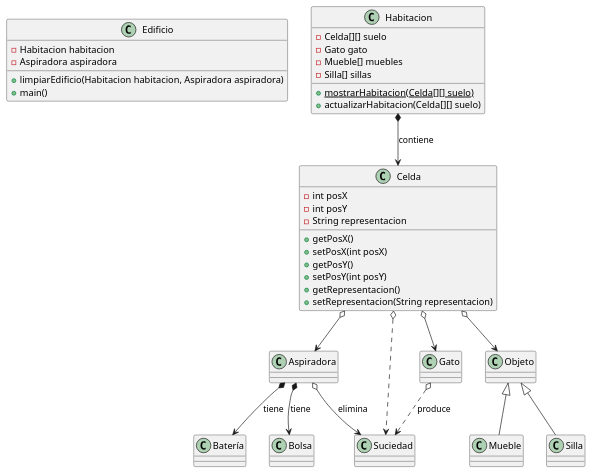
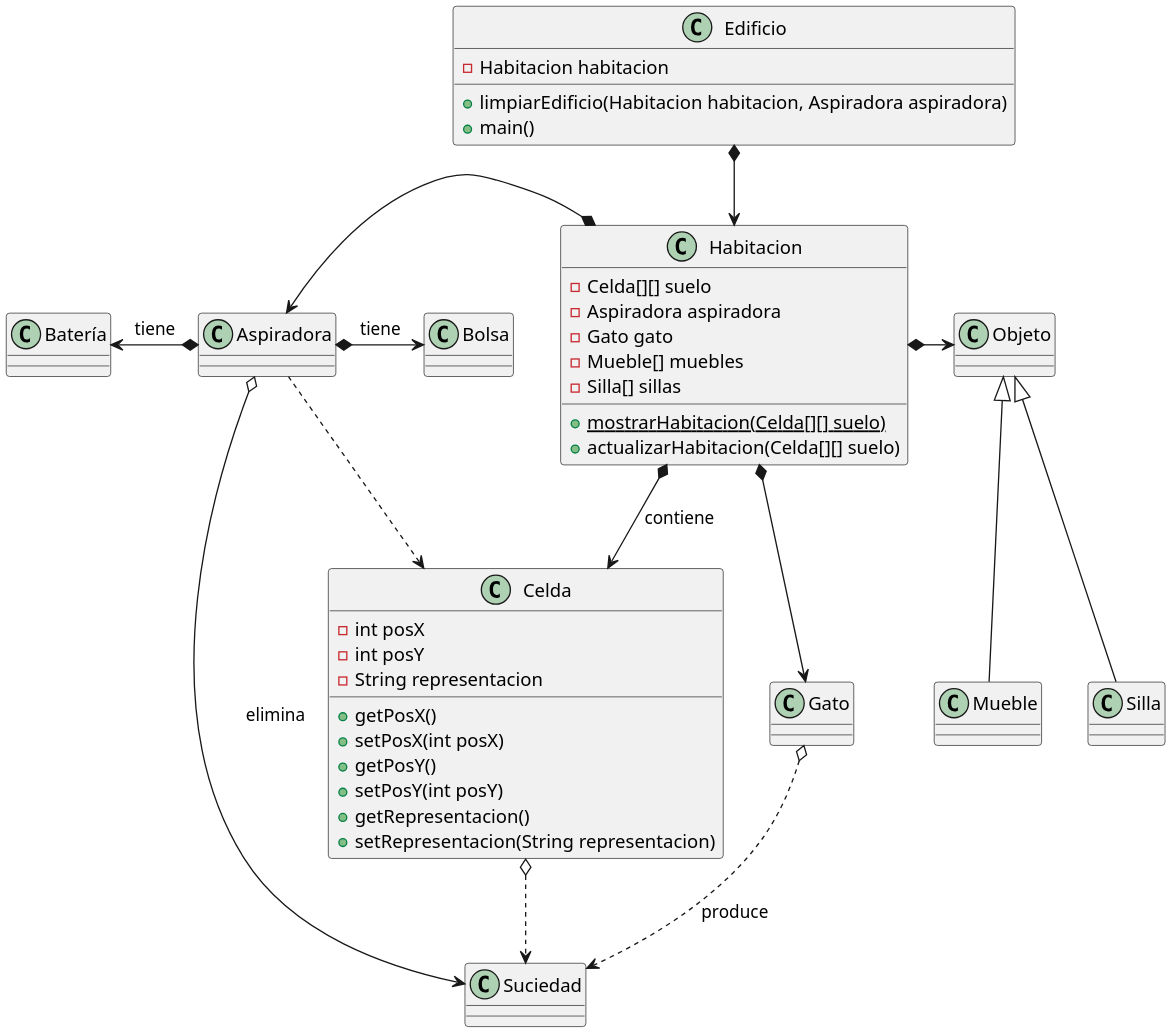
One commit to mmasias/idsw2 changed the diagram in docs/diagramaDeClases.plantuml. Above: the diagram before and after it, drawn with PlantUML. The commit also changed 1 other file, not shown here.

Commit message:
Cambios en diagrama de clases y modelo de dominio

```diff
--- a/docs/diagramaDeClases.plantuml
+++ b/docs/diagramaDeClases.plantuml
@@ -1,53 +1,56 @@
 @startuml
+scale 2
 class Edificio {
     - Habitacion habitacion
-    - Aspiradora aspiradora
     + limpiarEdificio(Habitacion habitacion, Aspiradora aspiradora)
     + main()
 }
 
 class Habitacion{
     - Celda[][] suelo
+    - Aspiradora aspiradora
     - Gato gato
     - Mueble[] muebles
     - Silla[] sillas
     + {static} mostrarHabitacion(Celda[][] suelo)
     + actualizarHabitacion(Celda[][] suelo)
 }
 class Celda {
     - int posX
     - int posY
     - String representacion
     + getPosX()
     + setPosX(int posX)
     + getPosY()
     + setPosY(int posY)
     + getRepresentacion()
     + setRepresentacion(String representacion)
 }
 class Aspiradora
 class Suciedad
 class Batería
 class Gato
 class Bolsa
 class Objeto
 class Mueble
 class Silla
 
+Edificio *--> Habitacion
 Habitacion *--> Celda : contiene
+Habitacion *-r-> Objeto
+Habitacion *-l-> Aspiradora 
+Habitacion *--> Gato 
 
-Celda o--> Aspiradora 
-Celda o--> Gato 
 Celda o..> Suciedad
-Celda o--> Objeto
 
 Aspiradora o--> Suciedad : elimina
-Aspiradora *--> Bolsa : tiene
-Aspiradora *--> Batería : tiene
+Aspiradora *-r-> Bolsa : tiene
+Aspiradora *-l-> Batería : tiene
+Aspiradora ..> Celda
 
 Gato o..> Suciedad : produce
 
 Objeto <|-- Mueble
 Objeto <|-- Silla
 
 @enduml
```
